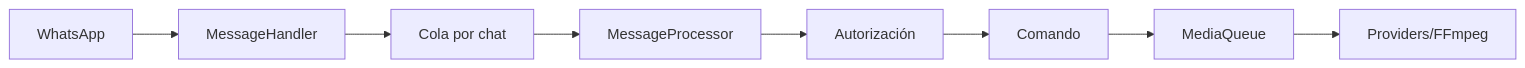
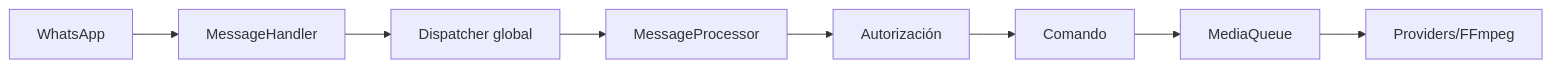
Before and after one commit to hiudyy/misa: the diagram in docs/es/architecture.md, drawn with Mermaid. The commit also changed other lines of this file and 72 other files, not shown here.

````diff
--- a/docs/es/architecture.md
+++ b/docs/es/architecture.md
@@ -6,10 +6,10 @@
 ```mermaid
 flowchart LR
   WA[WhatsApp] --> MH[MessageHandler]
-  MH --> CQ[Cola por chat]
+  MH --> CQ[Dispatcher global]
   CQ --> MP[MessageProcessor]
   MP --> AUTH[Autorización]
   AUTH --> CMD[Comando]
   CMD --> MQ[MediaQueue]
   MQ --> P[Providers/FFmpeg]
 ```
````
